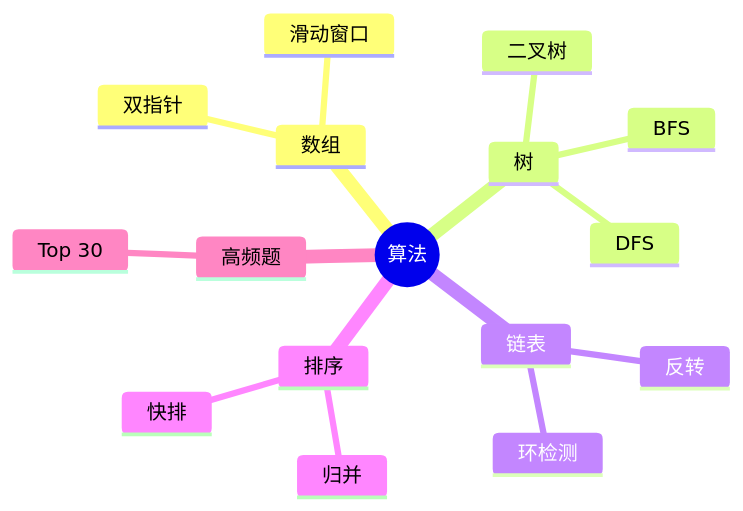
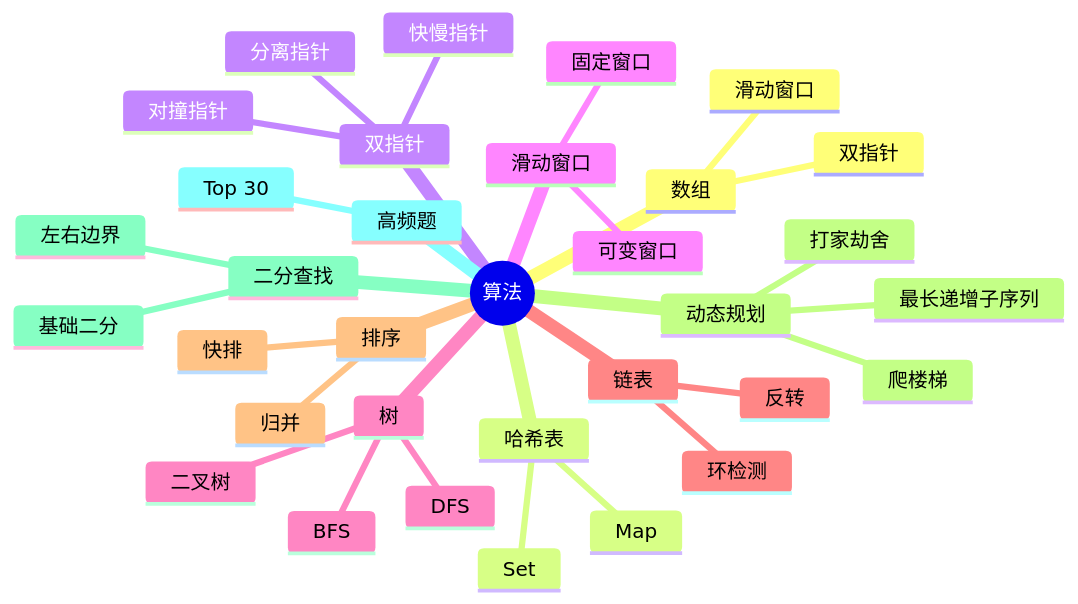
One commit to zjh42139/interview-notes changed the diagram in docs/算法/index.md. Above: the diagram before and after it, drawn with Mermaid. The commit also changed other lines of this file and 81 other files, not shown here.

````diff
--- a/docs/算法/index.md
+++ b/docs/算法/index.md
@@ -17,19 +17,36 @@
 ```mermaid
 mindmap
   root((算法))
     数组
       双指针
       滑动窗口
+    哈希表
+      Map
+      Set
+    双指针
+      对撞指针
+      快慢指针
+      分离指针
+    滑动窗口
+      固定窗口
+      可变窗口
     树
       二叉树
       DFS
       BFS
     链表
       反转
       环检测
     排序
       快排
       归并
+    动态规划
+      爬楼梯
+      打家劫舍
+      最长递增子序列
+    二分查找
+      基础二分
+      左右边界
     高频题
       Top 30
 ```
````
